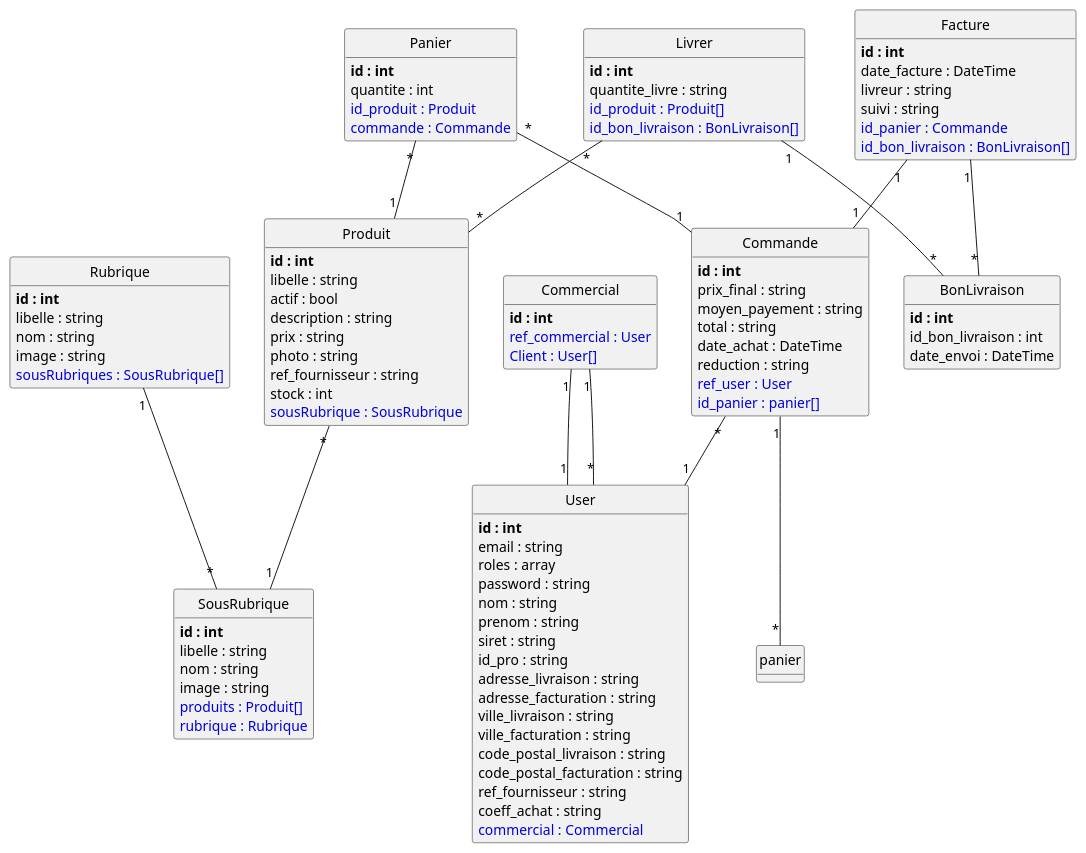
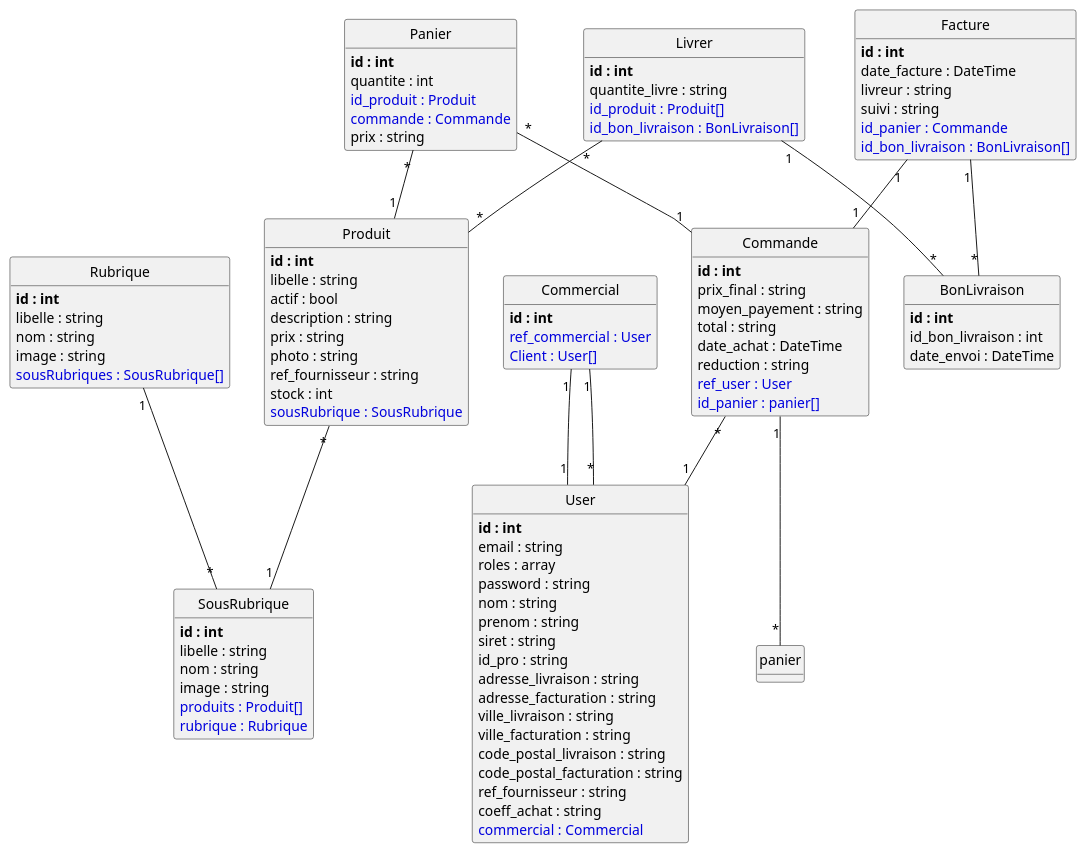
One commit to MargetCyril/VillageGreen changed the diagram in puml/index.puml. Above: the diagram before and after it, drawn with PlantUML. The commit also changed 7 other files, not shown here.

```diff
--- a/puml/index.puml
+++ b/puml/index.puml
@@ -1,115 +1,116 @@
 @startuml
 class Produit {
 	**id : int**
 	libelle : string
 	actif : bool
 	description : string
 	prix : string
 	photo : string
 	ref_fournisseur : string
 	stock : int
 	<color:#0000dd>sousRubrique : SousRubrique</color>
 }
 
 class Panier {
 	**id : int**
 	quantite : int
 	<color:#0000dd>id_produit : Produit</color>
 	<color:#0000dd>commande : Commande</color>
+	prix : string
 }
 
 class Commande {
 	**id : int**
 	prix_final : string
 	moyen_payement : string
 	total : string
 	date_achat : DateTime
 	reduction : string
 	<color:#0000dd>ref_user : User</color>
 	<color:#0000dd>id_panier : panier[]</color>
 }
 
 class Livrer {
 	**id : int**
 	quantite_livre : string
 	<color:#0000dd>id_produit : Produit[]</color>
 	<color:#0000dd>id_bon_livraison : BonLivraison[]</color>
 }
 
 class BonLivraison {
 	**id : int**
 	id_bon_livraison : int
 	date_envoi : DateTime
 }
 
 class Rubrique {
 	**id : int**
 	libelle : string
 	nom : string
 	image : string
 	<color:#0000dd>sousRubriques : SousRubrique[]</color>
 }
 
 class Commercial {
 	**id : int**
 	<color:#0000dd>ref_commercial : User</color>
 	<color:#0000dd>Client : User[]</color>
 }
 
 class User {
 	**id : int**
 	email : string
 	roles : array
 	password : string
 	nom : string
 	prenom : string
 	siret : string
 	id_pro : string
 	adresse_livraison : string
 	adresse_facturation : string
 	ville_livraison : string
 	ville_facturation : string
 	code_postal_livraison : string
 	code_postal_facturation : string
 	ref_fournisseur : string
 	coeff_achat : string
 	<color:#0000dd>commercial : Commercial</color>
 }
 
 class Facture {
 	**id : int**
 	date_facture : DateTime
 	livreur : string
 	suivi : string
 	<color:#0000dd>id_panier : Commande</color>
 	<color:#0000dd>id_bon_livraison : BonLivraison[]</color>
 }
 
 class SousRubrique {
 	**id : int**
 	libelle : string
 	nom : string
 	image : string
 	<color:#0000dd>produits : Produit[]</color>
 	<color:#0000dd>rubrique : Rubrique</color>
 }
 
 Produit "*"--"1" SousRubrique
 Panier "*"--"1" Produit
 Panier "*"--"1" Commande
 Commande "*"--"1" User
 Commande "1"--"*" panier
 Livrer "*"--"*" Produit
 Livrer "1"--"*" BonLivraison
 Rubrique "1"--"*" SousRubrique
 Commercial "1"--"1" User
 Commercial "1"--"*" User
 Facture "1"--"1" Commande
 Facture "1"--"*" BonLivraison
 
 
 hide methods
 
 hide circle
 
 @enduml
```
